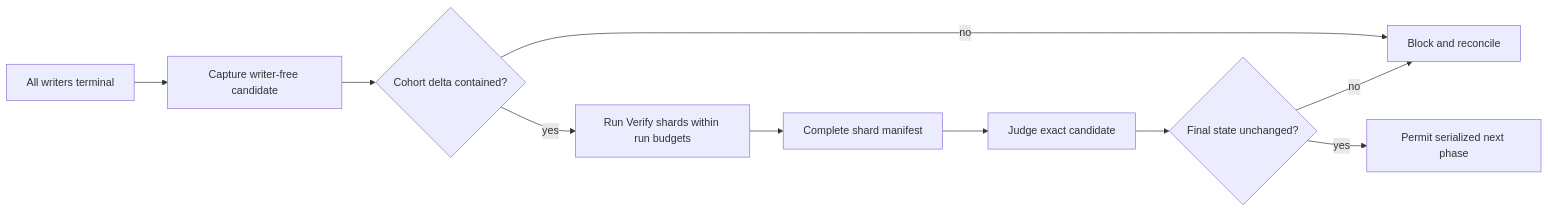
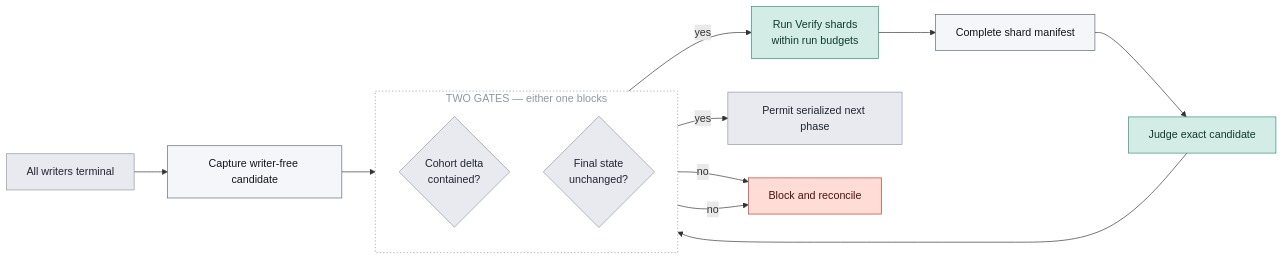
Before and after one commit to sean35mm/naru-opencode: the third of 3 diagrams in docs/src/content/docs/concepts/protocols.md, drawn with Mermaid. The commit also changed other lines of this file and 18 other files, not shown here.

First line of the commit message:
docs: redesign documentation site and diagrams

````diff
--- a/docs/src/content/docs/concepts/protocols.md
+++ b/docs/src/content/docs/concepts/protocols.md
@@ -45,12 +84,30 @@
 ```mermaid
 flowchart LR
-  A[All writers terminal] --> B[Capture writer-free candidate]
-  B --> C{Cohort delta contained?}
-  C -->|no| X[Block and reconcile]
-  C -->|yes| D[Run Verify shards within run budgets]
-  D --> E[Complete shard manifest]
-  E --> F[Judge exact candidate]
-  F --> G{Final state unchanged?}
+  A["All writers terminal"]:::gate
+
+  subgraph gates["TWO GATES — either one blocks"]
+    direction TB
+    C{"Cohort delta<br/>contained?"}:::gate
+    G{"Final state<br/>unchanged?"}:::gate
+  end
+
+  B["Capture writer-free candidate"]:::artifact
+  D["Run Verify shards<br/>within run budgets"]:::read
+  E["Complete shard manifest"]:::artifact
+  F["Judge exact candidate"]:::read
+  H["Permit serialized next phase"]:::gate
+  X["Block and reconcile"]:::danger
+
+  A --> B --> C
+  C -->|no| X
+  C -->|yes| D --> E --> F --> G
   G -->|no| X
-  G -->|yes| H[Permit serialized next phase]
+  G -->|yes| H
+
+  style gates fill:none,stroke:#8f96a5,stroke-dasharray:2 3,color:#8f96a5
+
+  classDef read fill:#d3ece5,stroke:#2f8f78,color:#123a31
+  classDef gate fill:#e8eaf0,stroke:#8f96a5,color:#22252e
+  classDef danger fill:#ffdcd6,stroke:#c0392b,color:#4a120c
+  classDef artifact fill:#f5f6fa,stroke:#5f6675,color:#14161d
 ```
````
